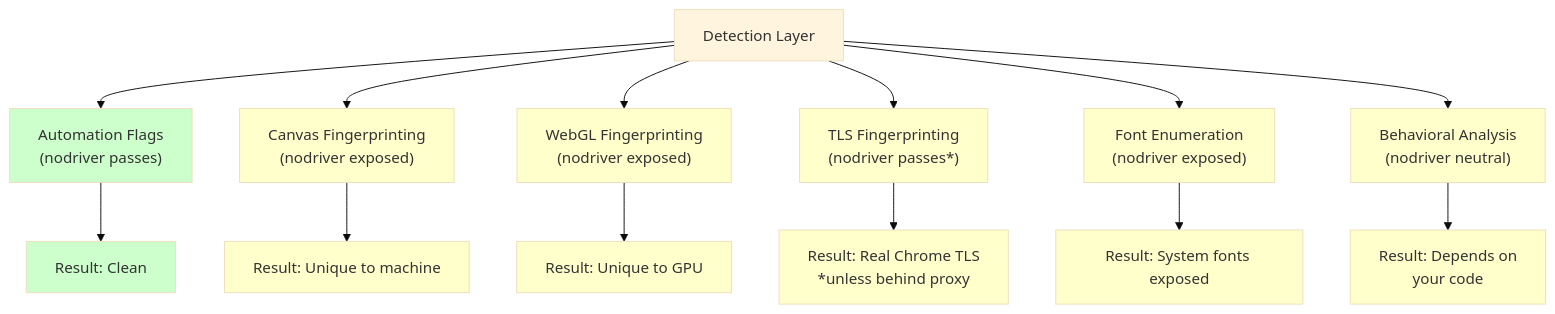
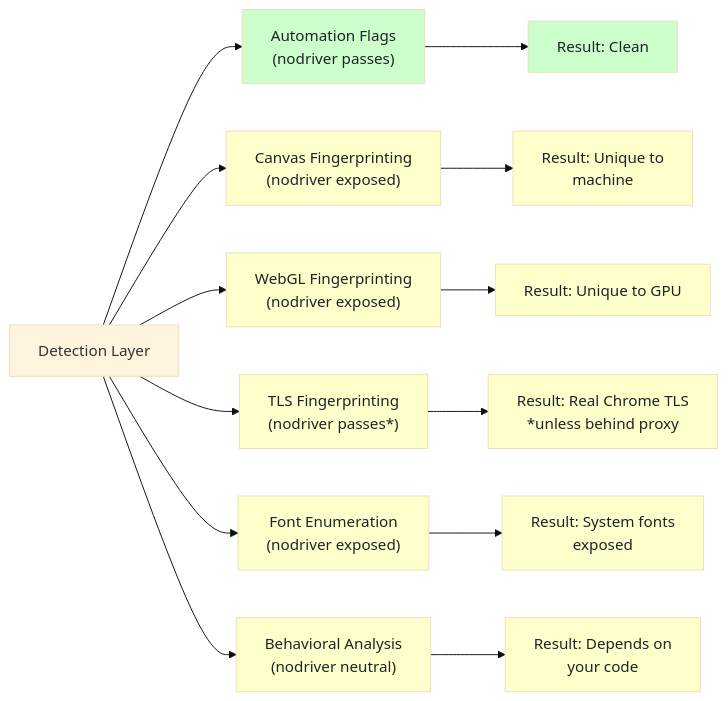
Before and after one commit to bytetunnels/bytetunnels.github.com: the second of 4 diagrams in _posts/2026-02-19-nodriver-bot-detection-how-well-does-it-evade-fingerprinting.md, drawn with Mermaid (base theme). The commit also changed other lines of this file and 118 other files, not shown here.

Commit message:
feat: improve diagram styling and compact wide flowcharts

````diff
--- a/_posts/2026-02-19-nodriver-bot-detection-how-well-does-it-evade-fingerprinting.md
+++ b/_posts/2026-02-19-nodriver-bot-detection-how-well-does-it-evade-fingerprinting.md
@@ -234,29 +234,29 @@
 ```mermaid
-graph TD
-    A["Detection Layer"] --> B["Automation Flags<br>(nodriver passes)"]
-    A --> C["Canvas Fingerprinting<br>(nodriver exposed)"]
-    A --> D["WebGL Fingerprinting<br>(nodriver exposed)"]
-    A --> E["TLS Fingerprinting<br>(nodriver passes*)"]
-    A --> F["Font Enumeration<br>(nodriver exposed)"]
-    A --> G["Behavioral Analysis<br>(nodriver neutral)"]
+graph LR
+    A["Detection Layer"] --> B["Automation Flags<br/>(nodriver passes)"]
+    A --> C["Canvas Fingerprinting<br/>(nodriver exposed)"]
+    A --> D["WebGL Fingerprinting<br/>(nodriver exposed)"]
+    A --> E["TLS Fingerprinting<br/>(nodriver passes*)"]
+    A --> F["Font Enumeration<br/>(nodriver exposed)"]
+    A --> G["Behavioral Analysis<br/>(nodriver neutral)"]
 
     B --> H["Result: Clean"]
-    C --> I["Result: Unique to machine"]
+    C --> I["Result: Unique to<br/>machine"]
     D --> J["Result: Unique to GPU"]
-    E --> K["Result: Real Chrome TLS<br>*unless behind proxy"]
-    F --> L["Result: System fonts exposed"]
-    G --> M["Result: Depends on<br>your code"]
+    E --> K["Result: Real Chrome TLS<br/>*unless behind proxy"]
+    F --> L["Result: System fonts<br/>exposed"]
+    G --> M["Result: Depends on<br/>your code"]
 
-    style B fill:#ccffcc
-    style H fill:#ccffcc
-    style C fill:#ffffcc
-    style D fill:#ffffcc
-    style E fill:#ffffcc
-    style F fill:#ffffcc
-    style G fill:#ffffcc
-    style I fill:#ffffcc
-    style J fill:#ffffcc
-    style K fill:#ffffcc
-    style L fill:#ffffcc
-    style M fill:#ffffcc
+    style B fill:#ccffcc,color:#1f2328
+    style H fill:#ccffcc,color:#1f2328
+    style C fill:#ffffcc,color:#1f2328
+    style D fill:#ffffcc,color:#1f2328
+    style E fill:#ffffcc,color:#1f2328
+    style F fill:#ffffcc,color:#1f2328
+    style G fill:#ffffcc,color:#1f2328
+    style I fill:#ffffcc,color:#1f2328
+    style J fill:#ffffcc,color:#1f2328
+    style K fill:#ffffcc,color:#1f2328
+    style L fill:#ffffcc,color:#1f2328
+    style M fill:#ffffcc,color:#1f2328
 ```
````
